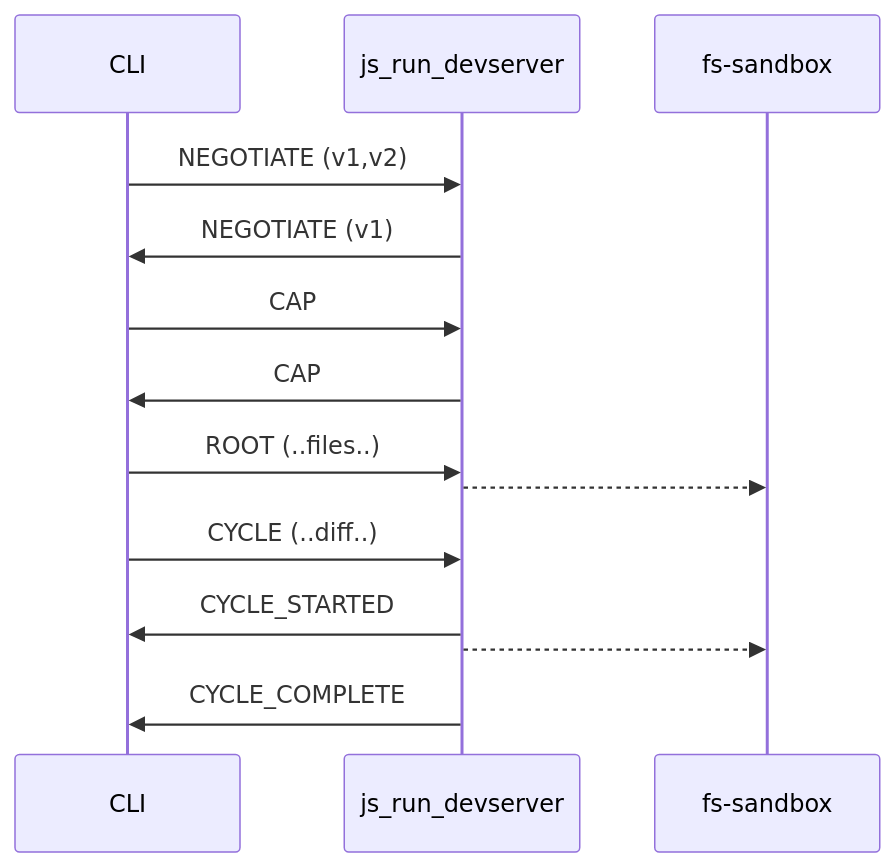
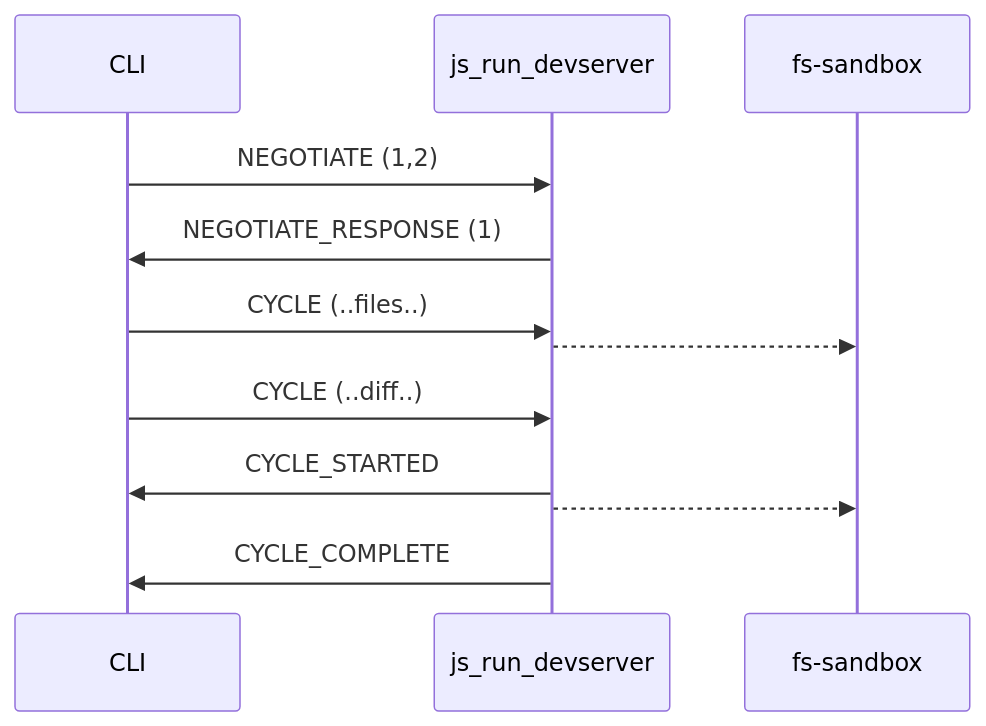
One commit to aspect-extensions/watchdog changed the first of 2 diagrams in INCREMENTAL_BUILD_PROTOCOL.md. Above: the diagram before and after it, drawn with Mermaid. The commit also changed other lines of this file and 2 other files, not shown here.

````diff
--- a/INCREMENTAL_BUILD_PROTOCOL.md
+++ b/INCREMENTAL_BUILD_PROTOCOL.md
@@ -253,17 +213,15 @@
 ```mermaid
 sequenceDiagram
     participant CLI
     participant js_run_devserver
     participant fs-sandbox
-    CLI->>js_run_devserver: NEGOTIATE (v1,v2)
-    js_run_devserver->>CLI: NEGOTIATE (v1)
-    CLI->>js_run_devserver: CAP
-    js_run_devserver->>CLI: CAP
-    CLI->>js_run_devserver: ROOT (..files..)
+    CLI->>js_run_devserver: NEGOTIATE (1,2)
+    js_run_devserver->>CLI: NEGOTIATE_RESPONSE (1)
+    CLI->>js_run_devserver: CYCLE (..files..)
     js_run_devserver-->>fs-sandbox:
     CLI->>js_run_devserver: CYCLE (..diff..)
     js_run_devserver->>CLI: CYCLE_STARTED
     js_run_devserver-->>fs-sandbox:
     js_run_devserver->>CLI: CYCLE_COMPLETE
 
 ```
````
